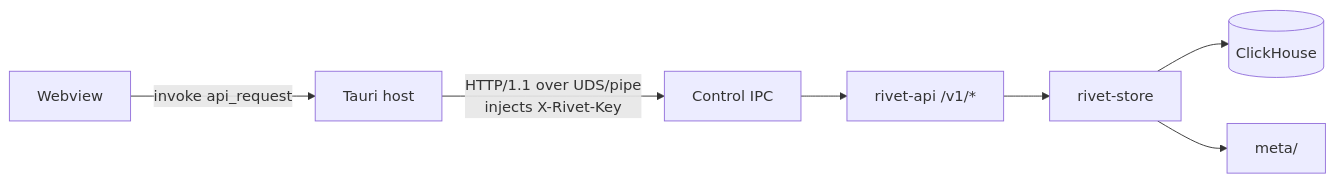
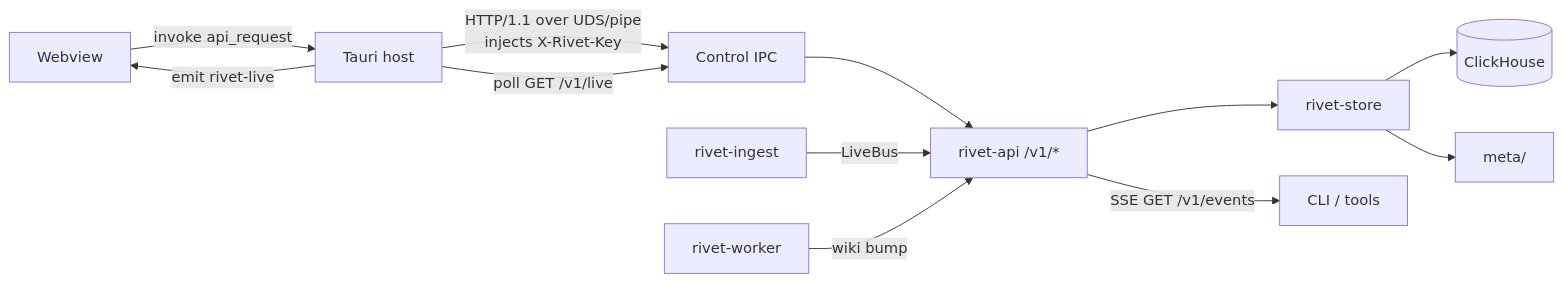
Before and after one commit to Rivethub/ExperimentOne: the fourth of 13 diagrams in docs/architecture.md, drawn with Mermaid. The commit also changed other lines of this file and 43 other files, not shown here.

````diff
--- a/docs/architecture.md
+++ b/docs/architecture.md
@@ -170,9 +171,14 @@
 ```mermaid
 flowchart LR
   UI[Webview] -->|invoke api_request| Host[Tauri host]
   Host -->|HTTP/1.1 over UDS/pipe<br/>injects X-Rivet-Key| IPC[Control IPC]
   IPC --> API[rivet-api /v1/*]
   API --> Store[rivet-store]
   Store --> CH[(ClickHouse)]
   Store --> Meta[meta/]
+  Host -->|poll GET /v1/live| IPC
+  Host -->|emit rivet-live| UI
+  Ingest[rivet-ingest] -->|LiveBus| API
+  Worker[rivet-worker] -->|wiki bump| API
+  API -->|SSE GET /v1/events| CLI[CLI / tools]
 ```
````
